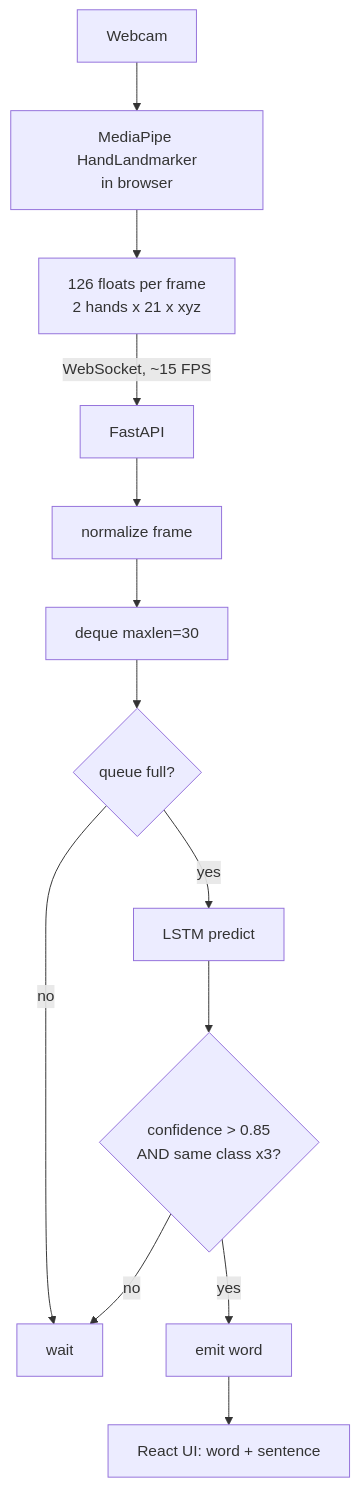
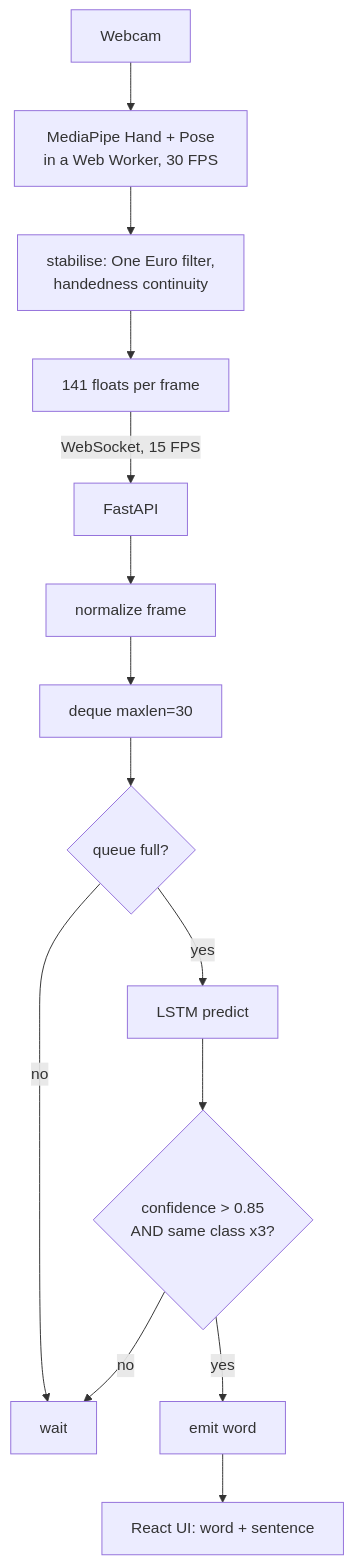
Before and after one commit to Manan-2007/Vox: the first of 2 diagrams in ARCHITECTURE.md, drawn with Mermaid. The commit also changed other lines of this file and 1 other file, not shown here.

First line of the commit message:
Update architecture and roadmap to match the rebuilt system

````diff
--- a/ARCHITECTURE.md
+++ b/ARCHITECTURE.md
@@ -40,15 +39,16 @@
 ```mermaid
 flowchart TD
-    A[Webcam] --> B[MediaPipe HandLandmarker<br/>in browser]
-    B --> C[126 floats per frame<br/>2 hands x 21 x xyz]
-    C -->|WebSocket, ~15 FPS| D[FastAPI]
+    A[Webcam] --> B[MediaPipe Hand + Pose<br/>in a Web Worker, 30 FPS]
+    B --> B2[stabilise: One Euro filter,<br/>handedness continuity]
+    B2 --> C[141 floats per frame]
+    C -->|WebSocket, 15 FPS| D[FastAPI]
     D --> E[normalize frame]
     E --> F[deque maxlen=30]
     F --> G{queue full?}
     G -->|no| H[wait]
     G -->|yes| I[LSTM predict]
     I --> J{confidence > 0.85<br/>AND same class x3?}
     J -->|no| H
     J -->|yes| K[emit word]
     K --> L[React UI: word + sentence]
 ```
````
